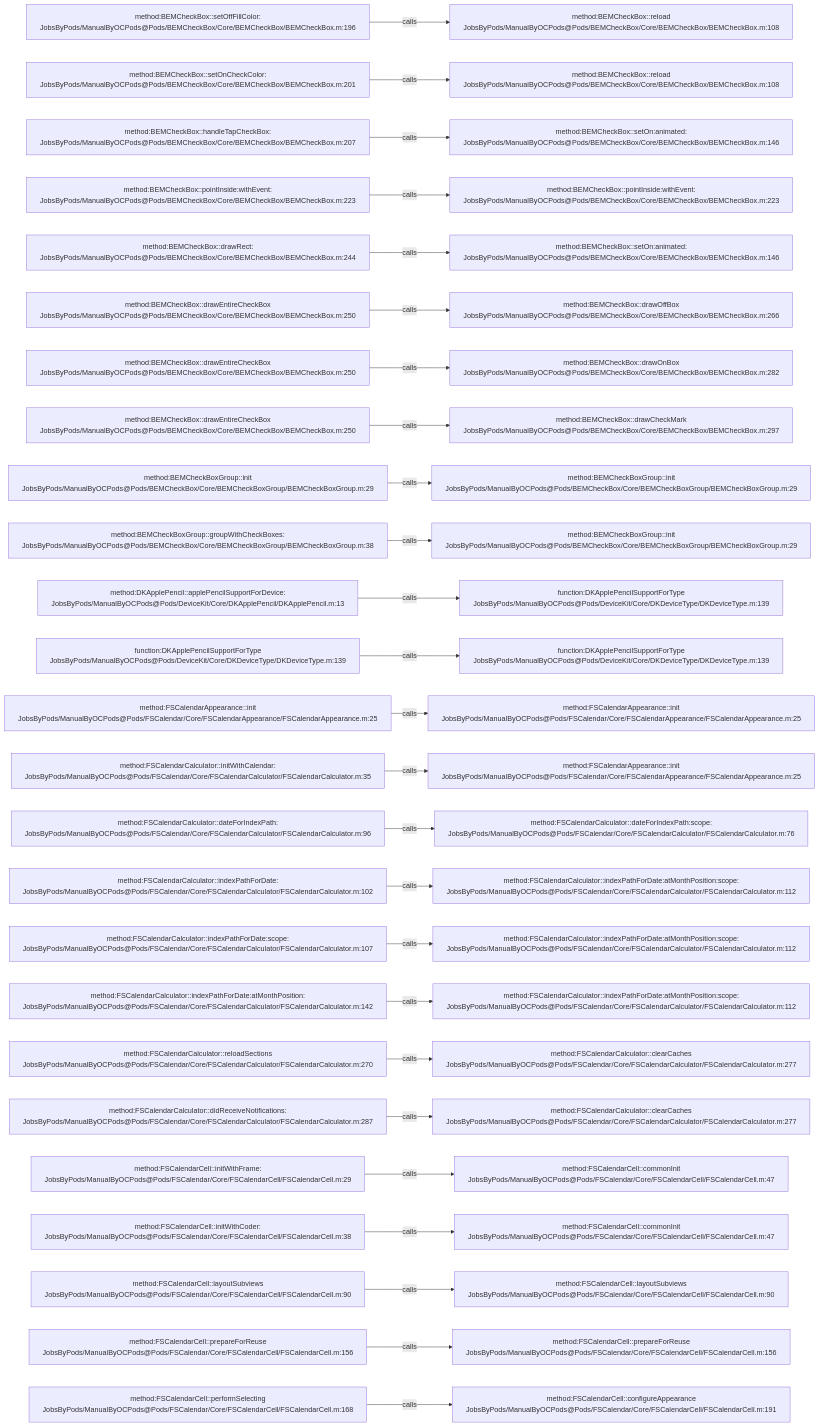
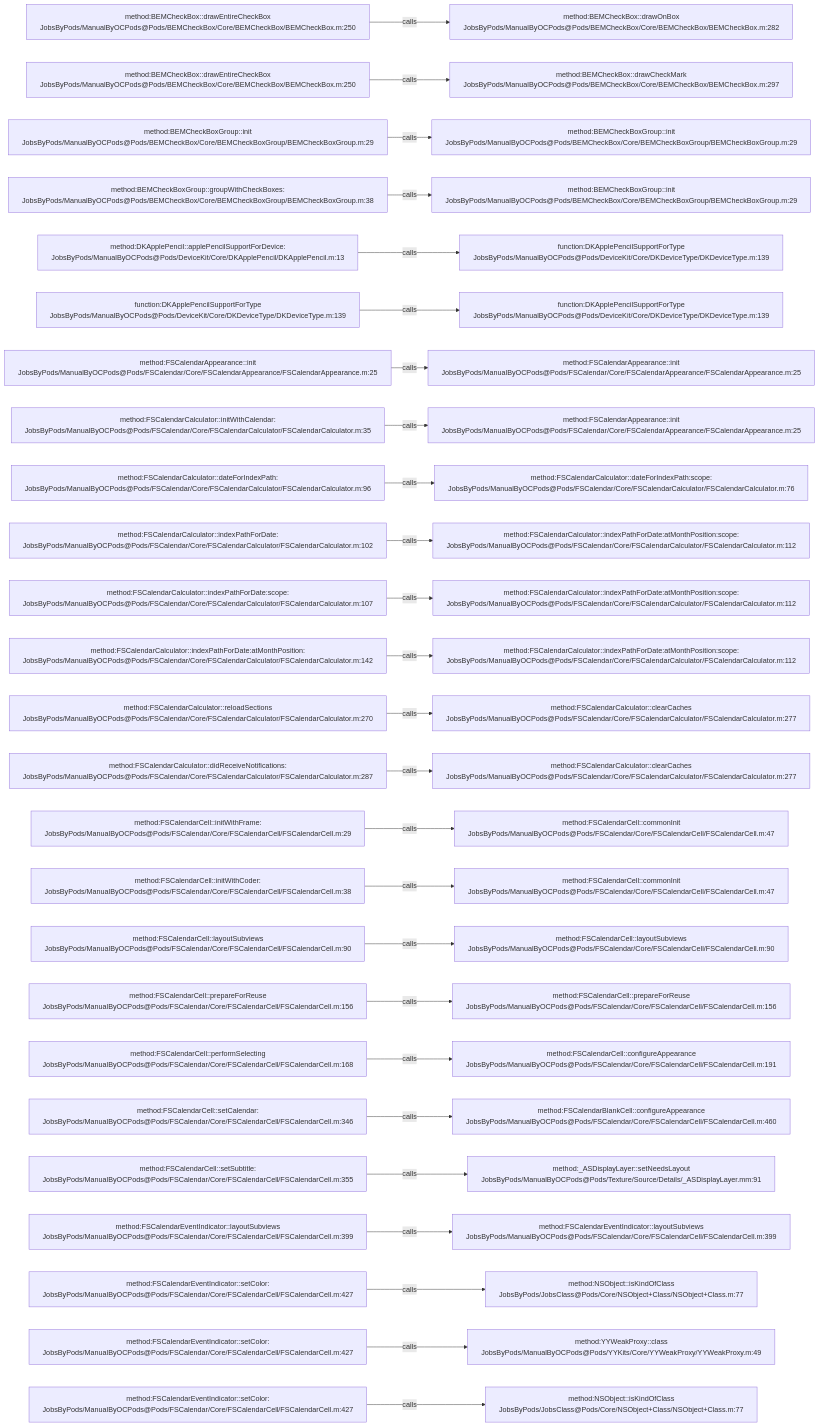
The diagram in .codegraph/codegraph.md/graphs/calls-009.md (JobsKits/JobsOCBaseConfigDemo), drawn with Mermaid before and after one commit. The commit also changed 666 other files, not shown here.

````diff
--- a/.codegraph/codegraph.md/graphs/calls-009.md
+++ b/.codegraph/codegraph.md/graphs/calls-009.md
@@ -13,78 +13,78 @@
 ```mermaid
 flowchart LR
-  S1["method:BEMCheckBox::setOffFillColor:<br/>JobsByPods/ManualByOCPods@Pods/BEMCheckBox/Core/BEMCheckBox/BEMCheckBox.m:196"]
-  T1["method:BEMCheckBox::reload<br/>JobsByPods/ManualByOCPods@Pods/BEMCheckBox/Core/BEMCheckBox/BEMCheckBox.m:108"]
+  S1["method:BEMCheckBox::drawEntireCheckBox<br/>JobsByPods/ManualByOCPods@Pods/BEMCheckBox/Core/BEMCheckBox/BEMCheckBox.m:250"]
+  T1["method:BEMCheckBox::drawOnBox<br/>JobsByPods/ManualByOCPods@Pods/BEMCheckBox/Core/BEMCheckBox/BEMCheckBox.m:282"]
   S1 -->|calls| T1
-  S2["method:BEMCheckBox::setOnCheckColor:<br/>JobsByPods/ManualByOCPods@Pods/BEMCheckBox/Core/BEMCheckBox/BEMCheckBox.m:201"]
-  T2["method:BEMCheckBox::reload<br/>JobsByPods/ManualByOCPods@Pods/BEMCheckBox/Core/BEMCheckBox/BEMCheckBox.m:108"]
+  S2["method:BEMCheckBox::drawEntireCheckBox<br/>JobsByPods/ManualByOCPods@Pods/BEMCheckBox/Core/BEMCheckBox/BEMCheckBox.m:250"]
+  T2["method:BEMCheckBox::drawCheckMark<br/>JobsByPods/ManualByOCPods@Pods/BEMCheckBox/Core/BEMCheckBox/BEMCheckBox.m:297"]
   S2 -->|calls| T2
-  S3["method:BEMCheckBox::handleTapCheckBox:<br/>JobsByPods/ManualByOCPods@Pods/BEMCheckBox/Core/BEMCheckBox/BEMCheckBox.m:207"]
-  T3["method:BEMCheckBox::setOn:animated:<br/>JobsByPods/ManualByOCPods@Pods/BEMCheckBox/Core/BEMCheckBox/BEMCheckBox.m:146"]
+  S3["method:BEMCheckBoxGroup::init<br/>JobsByPods/ManualByOCPods@Pods/BEMCheckBox/Core/BEMCheckBoxGroup/BEMCheckBoxGroup.m:29"]
+  T3["method:BEMCheckBoxGroup::init<br/>JobsByPods/ManualByOCPods@Pods/BEMCheckBox/Core/BEMCheckBoxGroup/BEMCheckBoxGroup.m:29"]
   S3 -->|calls| T3
-  S4["method:BEMCheckBox::pointInside:withEvent:<br/>JobsByPods/ManualByOCPods@Pods/BEMCheckBox/Core/BEMCheckBox/BEMCheckBox.m:223"]
-  T4["method:BEMCheckBox::pointInside:withEvent:<br/>JobsByPods/ManualByOCPods@Pods/BEMCheckBox/Core/BEMCheckBox/BEMCheckBox.m:223"]
+  S4["method:BEMCheckBoxGroup::groupWithCheckBoxes:<br/>JobsByPods/ManualByOCPods@Pods/BEMCheckBox/Core/BEMCheckBoxGroup/BEMCheckBoxGroup.m:38"]
+  T4["method:BEMCheckBoxGroup::init<br/>JobsByPods/ManualByOCPods@Pods/BEMCheckBox/Core/BEMCheckBoxGroup/BEMCheckBoxGroup.m:29"]
   S4 -->|calls| T4
-  S5["method:BEMCheckBox::drawRect:<br/>JobsByPods/ManualByOCPods@Pods/BEMCheckBox/Core/BEMCheckBox/BEMCheckBox.m:244"]
-  T5["method:BEMCheckBox::setOn:animated:<br/>JobsByPods/ManualByOCPods@Pods/BEMCheckBox/Core/BEMCheckBox/BEMCheckBox.m:146"]
+  S5["method:DKApplePencil::applePencilSupportForDevice:<br/>JobsByPods/ManualByOCPods@Pods/DeviceKit/Core/DKApplePencil/DKApplePencil.m:13"]
+  T5["function:DKApplePencilSupportForType<br/>JobsByPods/ManualByOCPods@Pods/DeviceKit/Core/DKDeviceType/DKDeviceType.m:139"]
   S5 -->|calls| T5
-  S6["method:BEMCheckBox::drawEntireCheckBox<br/>JobsByPods/ManualByOCPods@Pods/BEMCheckBox/Core/BEMCheckBox/BEMCheckBox.m:250"]
-  T6["method:BEMCheckBox::drawOffBox<br/>JobsByPods/ManualByOCPods@Pods/BEMCheckBox/Core/BEMCheckBox/BEMCheckBox.m:266"]
+  S6["function:DKApplePencilSupportForType<br/>JobsByPods/ManualByOCPods@Pods/DeviceKit/Core/DKDeviceType/DKDeviceType.m:139"]
+  T6["function:DKApplePencilSupportForType<br/>JobsByPods/ManualByOCPods@Pods/DeviceKit/Core/DKDeviceType/DKDeviceType.m:139"]
   S6 -->|calls| T6
-  S7["method:BEMCheckBox::drawEntireCheckBox<br/>JobsByPods/ManualByOCPods@Pods/BEMCheckBox/Core/BEMCheckBox/BEMCheckBox.m:250"]
-  T7["method:BEMCheckBox::drawOnBox<br/>JobsByPods/ManualByOCPods@Pods/BEMCheckBox/Core/BEMCheckBox/BEMCheckBox.m:282"]
+  S7["method:FSCalendarAppearance::init<br/>JobsByPods/ManualByOCPods@Pods/FSCalendar/Core/FSCalendarAppearance/FSCalendarAppearance.m:25"]
+  T7["method:FSCalendarAppearance::init<br/>JobsByPods/ManualByOCPods@Pods/FSCalendar/Core/FSCalendarAppearance/FSCalendarAppearance.m:25"]
   S7 -->|calls| T7
-  S8["method:BEMCheckBox::drawEntireCheckBox<br/>JobsByPods/ManualByOCPods@Pods/BEMCheckBox/Core/BEMCheckBox/BEMCheckBox.m:250"]
-  T8["method:BEMCheckBox::drawCheckMark<br/>JobsByPods/ManualByOCPods@Pods/BEMCheckBox/Core/BEMCheckBox/BEMCheckBox.m:297"]
+  S8["method:FSCalendarCalculator::initWithCalendar:<br/>JobsByPods/ManualByOCPods@Pods/FSCalendar/Core/FSCalendarCalculator/FSCalendarCalculator.m:35"]
+  T8["method:FSCalendarAppearance::init<br/>JobsByPods/ManualByOCPods@Pods/FSCalendar/Core/FSCalendarAppearance/FSCalendarAppearance.m:25"]
   S8 -->|calls| T8
-  S9["method:BEMCheckBoxGroup::init<br/>JobsByPods/ManualByOCPods@Pods/BEMCheckBox/Core/BEMCheckBoxGroup/BEMCheckBoxGroup.m:29"]
-  T9["method:BEMCheckBoxGroup::init<br/>JobsByPods/ManualByOCPods@Pods/BEMCheckBox/Core/BEMCheckBoxGroup/BEMCheckBoxGroup.m:29"]
+  S9["method:FSCalendarCalculator::dateForIndexPath:<br/>JobsByPods/ManualByOCPods@Pods/FSCalendar/Core/FSCalendarCalculator/FSCalendarCalculator.m:96"]
+  T9["method:FSCalendarCalculator::dateForIndexPath:scope:<br/>JobsByPods/ManualByOCPods@Pods/FSCalendar/Core/FSCalendarCalculator/FSCalendarCalculator.m:76"]
   S9 -->|calls| T9
-  S10["method:BEMCheckBoxGroup::groupWithCheckBoxes:<br/>JobsByPods/ManualByOCPods@Pods/BEMCheckBox/Core/BEMCheckBoxGroup/BEMCheckBoxGroup.m:38"]
-  T10["method:BEMCheckBoxGroup::init<br/>JobsByPods/ManualByOCPods@Pods/BEMCheckBox/Core/BEMCheckBoxGroup/BEMCheckBoxGroup.m:29"]
+  S10["method:FSCalendarCalculator::indexPathForDate:<br/>JobsByPods/ManualByOCPods@Pods/FSCalendar/Core/FSCalendarCalculator/FSCalendarCalculator.m:102"]
+  T10["method:FSCalendarCalculator::indexPathForDate:atMonthPosition:scope:<br/>JobsByPods/ManualByOCPods@Pods/FSCalendar/Core/FSCalendarCalculator/FSCalendarCalculator.m:112"]
   S10 -->|calls| T10
-  S11["method:DKApplePencil::applePencilSupportForDevice:<br/>JobsByPods/ManualByOCPods@Pods/DeviceKit/Core/DKApplePencil/DKApplePencil.m:13"]
-  T11["function:DKApplePencilSupportForType<br/>JobsByPods/ManualByOCPods@Pods/DeviceKit/Core/DKDeviceType/DKDeviceType.m:139"]
+  S11["method:FSCalendarCalculator::indexPathForDate:scope:<br/>JobsByPods/ManualByOCPods@Pods/FSCalendar/Core/FSCalendarCalculator/FSCalendarCalculator.m:107"]
+  T11["method:FSCalendarCalculator::indexPathForDate:atMonthPosition:scope:<br/>JobsByPods/ManualByOCPods@Pods/FSCalendar/Core/FSCalendarCalculator/FSCalendarCalculator.m:112"]
   S11 -->|calls| T11
-  S12["function:DKApplePencilSupportForType<br/>JobsByPods/ManualByOCPods@Pods/DeviceKit/Core/DKDeviceType/DKDeviceType.m:139"]
-  T12["function:DKApplePencilSupportForType<br/>JobsByPods/ManualByOCPods@Pods/DeviceKit/Core/DKDeviceType/DKDeviceType.m:139"]
+  S12["method:FSCalendarCalculator::indexPathForDate:atMonthPosition:<br/>JobsByPods/ManualByOCPods@Pods/FSCalendar/Core/FSCalendarCalculator/FSCalendarCalculator.m:142"]
+  T12["method:FSCalendarCalculator::indexPathForDate:atMonthPosition:scope:<br/>JobsByPods/ManualByOCPods@Pods/FSCalendar/Core/FSCalendarCalculator/FSCalendarCalculator.m:112"]
   S12 -->|calls| T12
-  S13["method:FSCalendarAppearance::init<br/>JobsByPods/ManualByOCPods@Pods/FSCalendar/Core/FSCalendarAppearance/FSCalendarAppearance.m:25"]
-  T13["method:FSCalendarAppearance::init<br/>JobsByPods/ManualByOCPods@Pods/FSCalendar/Core/FSCalendarAppearance/FSCalendarAppearance.m:25"]
+  S13["method:FSCalendarCalculator::reloadSections<br/>JobsByPods/ManualByOCPods@Pods/FSCalendar/Core/FSCalendarCalculator/FSCalendarCalculator.m:270"]
+  T13["method:FSCalendarCalculator::clearCaches<br/>JobsByPods/ManualByOCPods@Pods/FSCalendar/Core/FSCalendarCalculator/FSCalendarCalculator.m:277"]
   S13 -->|calls| T13
-  S14["method:FSCalendarCalculator::initWithCalendar:<br/>JobsByPods/ManualByOCPods@Pods/FSCalendar/Core/FSCalendarCalculator/FSCalendarCalculator.m:35"]
-  T14["method:FSCalendarAppearance::init<br/>JobsByPods/ManualByOCPods@Pods/FSCalendar/Core/FSCalendarAppearance/FSCalendarAppearance.m:25"]
+  S14["method:FSCalendarCalculator::didReceiveNotifications:<br/>JobsByPods/ManualByOCPods@Pods/FSCalendar/Core/FSCalendarCalculator/FSCalendarCalculator.m:287"]
+  T14["method:FSCalendarCalculator::clearCaches<br/>JobsByPods/ManualByOCPods@Pods/FSCalendar/Core/FSCalendarCalculator/FSCalendarCalculator.m:277"]
   S14 -->|calls| T14
-  S15["method:FSCalendarCalculator::dateForIndexPath:<br/>JobsByPods/ManualByOCPods@Pods/FSCalendar/Core/FSCalendarCalculator/FSCalendarCalculator.m:96"]
-  T15["method:FSCalendarCalculator::dateForIndexPath:scope:<br/>JobsByPods/ManualByOCPods@Pods/FSCalendar/Core/FSCalendarCalculator/FSCalendarCalculator.m:76"]
+  S15["method:FSCalendarCell::initWithFrame:<br/>JobsByPods/ManualByOCPods@Pods/FSCalendar/Core/FSCalendarCell/FSCalendarCell.m:29"]
+  T15["method:FSCalendarCell::commonInit<br/>JobsByPods/ManualByOCPods@Pods/FSCalendar/Core/FSCalendarCell/FSCalendarCell.m:47"]
   S15 -->|calls| T15
-  S16["method:FSCalendarCalculator::indexPathForDate:<br/>JobsByPods/ManualByOCPods@Pods/FSCalendar/Core/FSCalendarCalculator/FSCalendarCalculator.m:102"]
-  T16["method:FSCalendarCalculator::indexPathForDate:atMonthPosition:scope:<br/>JobsByPods/ManualByOCPods@Pods/FSCalendar/Core/FSCalendarCalculator/FSCalendarCalculator.m:112"]
+  S16["method:FSCalendarCell::initWithCoder:<br/>JobsByPods/ManualByOCPods@Pods/FSCalendar/Core/FSCalendarCell/FSCalendarCell.m:38"]
+  T16["method:FSCalendarCell::commonInit<br/>JobsByPods/ManualByOCPods@Pods/FSCalendar/Core/FSCalendarCell/FSCalendarCell.m:47"]
   S16 -->|calls| T16
-  S17["method:FSCalendarCalculator::indexPathForDate:scope:<br/>JobsByPods/ManualByOCPods@Pods/FSCalendar/Core/FSCalendarCalculator/FSCalendarCalculator.m:107"]
-  T17["method:FSCalendarCalculator::indexPathForDate:atMonthPosition:scope:<br/>JobsByPods/ManualByOCPods@Pods/FSCalendar/Core/FSCalendarCalculator/FSCalendarCalculator.m:112"]
+  S17["method:FSCalendarCell::layoutSubviews<br/>JobsByPods/ManualByOCPods@Pods/FSCalendar/Core/FSCalendarCell/FSCalendarCell.m:90"]
+  T17["method:FSCalendarCell::layoutSubviews<br/>JobsByPods/ManualByOCPods@Pods/FSCalendar/Core/FSCalendarCell/FSCalendarCell.m:90"]
   S17 -->|calls| T17
-  S18["method:FSCalendarCalculator::indexPathForDate:atMonthPosition:<br/>JobsByPods/ManualByOCPods@Pods/FSCalendar/Core/FSCalendarCalculator/FSCalendarCalculator.m:142"]
-  T18["method:FSCalendarCalculator::indexPathForDate:atMonthPosition:scope:<br/>JobsByPods/ManualByOCPods@Pods/FSCalendar/Core/FSCalendarCalculator/FSCalendarCalculator.m:112"]
+  S18["method:FSCalendarCell::prepareForReuse<br/>JobsByPods/ManualByOCPods@Pods/FSCalendar/Core/FSCalendarCell/FSCalendarCell.m:156"]
+  T18["method:FSCalendarCell::prepareForReuse<br/>JobsByPods/ManualByOCPods@Pods/FSCalendar/Core/FSCalendarCell/FSCalendarCell.m:156"]
   S18 -->|calls| T18
-  S19["method:FSCalendarCalculator::reloadSections<br/>JobsByPods/ManualByOCPods@Pods/FSCalendar/Core/FSCalendarCalculator/FSCalendarCalculator.m:270"]
-  T19["method:FSCalendarCalculator::clearCaches<br/>JobsByPods/ManualByOCPods@Pods/FSCalendar/Core/FSCalendarCalculator/FSCalendarCalculator.m:277"]
+  S19["method:FSCalendarCell::performSelecting<br/>JobsByPods/ManualByOCPods@Pods/FSCalendar/Core/FSCalendarCell/FSCalendarCell.m:168"]
+  T19["method:FSCalendarCell::configureAppearance<br/>JobsByPods/ManualByOCPods@Pods/FSCalendar/Core/FSCalendarCell/FSCalendarCell.m:191"]
   S19 -->|calls| T19
-  S20["method:FSCalendarCalculator::didReceiveNotifications:<br/>JobsByPods/ManualByOCPods@Pods/FSCalendar/Core/FSCalendarCalculator/FSCalendarCalculator.m:287"]
-  T20["method:FSCalendarCalculator::clearCaches<br/>JobsByPods/ManualByOCPods@Pods/FSCalendar/Core/FSCalendarCalculator/FSCalendarCalculator.m:277"]
+  S20["method:FSCalendarCell::setCalendar:<br/>JobsByPods/ManualByOCPods@Pods/FSCalendar/Core/FSCalendarCell/FSCalendarCell.m:346"]
+  T20["method:FSCalendarBlankCell::configureAppearance<br/>JobsByPods/ManualByOCPods@Pods/FSCalendar/Core/FSCalendarCell/FSCalendarCell.m:460"]
   S20 -->|calls| T20
-  S21["method:FSCalendarCell::initWithFrame:<br/>JobsByPods/ManualByOCPods@Pods/FSCalendar/Core/FSCalendarCell/FSCalendarCell.m:29"]
-  T21["method:FSCalendarCell::commonInit<br/>JobsByPods/ManualByOCPods@Pods/FSCalendar/Core/FSCalendarCell/FSCalendarCell.m:47"]
+  S21["method:FSCalendarCell::setSubtitle:<br/>JobsByPods/ManualByOCPods@Pods/FSCalendar/Core/FSCalendarCell/FSCalendarCell.m:355"]
+  T21["method:_ASDisplayLayer::setNeedsLayout<br/>JobsByPods/ManualByOCPods@Pods/Texture/Source/Details/_ASDisplayLayer.mm:91"]
   S21 -->|calls| T21
-  S22["method:FSCalendarCell::initWithCoder:<br/>JobsByPods/ManualByOCPods@Pods/FSCalendar/Core/FSCalendarCell/FSCalendarCell.m:38"]
-  T22["method:FSCalendarCell::commonInit<br/>JobsByPods/ManualByOCPods@Pods/FSCalendar/Core/FSCalendarCell/FSCalendarCell.m:47"]
+  S22["method:FSCalendarEventIndicator::layoutSubviews<br/>JobsByPods/ManualByOCPods@Pods/FSCalendar/Core/FSCalendarCell/FSCalendarCell.m:399"]
+  T22["method:FSCalendarEventIndicator::layoutSubviews<br/>JobsByPods/ManualByOCPods@Pods/FSCalendar/Core/FSCalendarCell/FSCalendarCell.m:399"]
   S22 -->|calls| T22
-  S23["method:FSCalendarCell::layoutSubviews<br/>JobsByPods/ManualByOCPods@Pods/FSCalendar/Core/FSCalendarCell/FSCalendarCell.m:90"]
-  T23["method:FSCalendarCell::layoutSubviews<br/>JobsByPods/ManualByOCPods@Pods/FSCalendar/Core/FSCalendarCell/FSCalendarCell.m:90"]
+  S23["method:FSCalendarEventIndicator::setColor:<br/>JobsByPods/ManualByOCPods@Pods/FSCalendar/Core/FSCalendarCell/FSCalendarCell.m:427"]
+  T23["method:NSObject::isKindOfClass<br/>JobsByPods/JobsClass@Pods/Core/NSObject+Class/NSObject+Class.m:77"]
   S23 -->|calls| T23
-  S24["method:FSCalendarCell::prepareForReuse<br/>JobsByPods/ManualByOCPods@Pods/FSCalendar/Core/FSCalendarCell/FSCalendarCell.m:156"]
-  T24["method:FSCalendarCell::prepareForReuse<br/>JobsByPods/ManualByOCPods@Pods/FSCalendar/Core/FSCalendarCell/FSCalendarCell.m:156"]
+  S24["method:FSCalendarEventIndicator::setColor:<br/>JobsByPods/ManualByOCPods@Pods/FSCalendar/Core/FSCalendarCell/FSCalendarCell.m:427"]
+  T24["method:YYWeakProxy::class<br/>JobsByPods/ManualByOCPods@Pods/YYKits/Core/YYWeakProxy/YYWeakProxy.m:49"]
   S24 -->|calls| T24
-  S25["method:FSCalendarCell::performSelecting<br/>JobsByPods/ManualByOCPods@Pods/FSCalendar/Core/FSCalendarCell/FSCalendarCell.m:168"]
-  T25["method:FSCalendarCell::configureAppearance<br/>JobsByPods/ManualByOCPods@Pods/FSCalendar/Core/FSCalendarCell/FSCalendarCell.m:191"]
+  S25["method:FSCalendarEventIndicator::setColor:<br/>JobsByPods/ManualByOCPods@Pods/FSCalendar/Core/FSCalendarCell/FSCalendarCell.m:427"]
+  T25["method:NSObject::isKindOfClass<br/>JobsByPods/JobsClass@Pods/Core/NSObject+Class/NSObject+Class.m:77"]
   S25 -->|calls| T25
 ```
````
